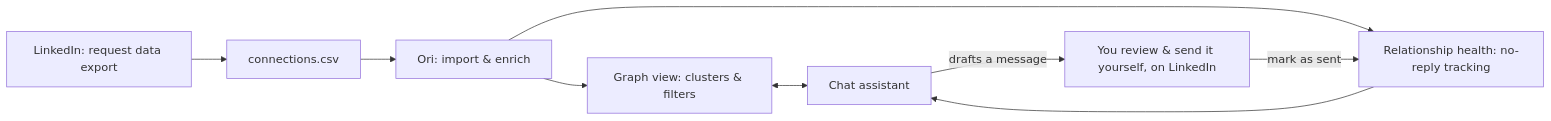
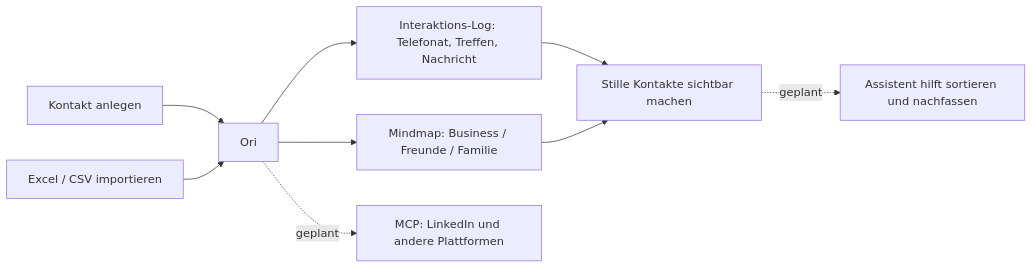
Before and after one commit to chriswartan-jpg/ori: the diagram in README.md, drawn with Mermaid. The commit also changed other lines of this file and 13 other files, not shown here.

````diff
--- a/README.md
+++ b/README.md
@@ -11,11 +19,11 @@
 ```mermaid
 flowchart LR
-    A[LinkedIn: request data export] --> B[connections.csv]
-    B --> C[Ori: import & enrich]
-    C --> D[Graph view: clusters & filters]
-    C --> E[Relationship health: no-reply tracking]
-    D <--> F[Chat assistant]
-    E --> F
-    F -->|drafts a message| G[You review & send it yourself, on LinkedIn]
-    G -->|mark as sent| E
+    A[Kontakt anlegen] --> C[Ori]
+    B[Excel / CSV importieren] --> C
+    C --> D[Mindmap: Business / Freunde / Familie]
+    C --> E[Interaktions-Log: Telefonat, Treffen, Nachricht]
+    E --> F[Stille Kontakte sichtbar machen]
+    D --> F
+    F -.geplant.-> G[Assistent hilft sortieren und nachfassen]
+    C -.geplant.-> H[MCP: LinkedIn und andere Plattformen]
 ```
````
